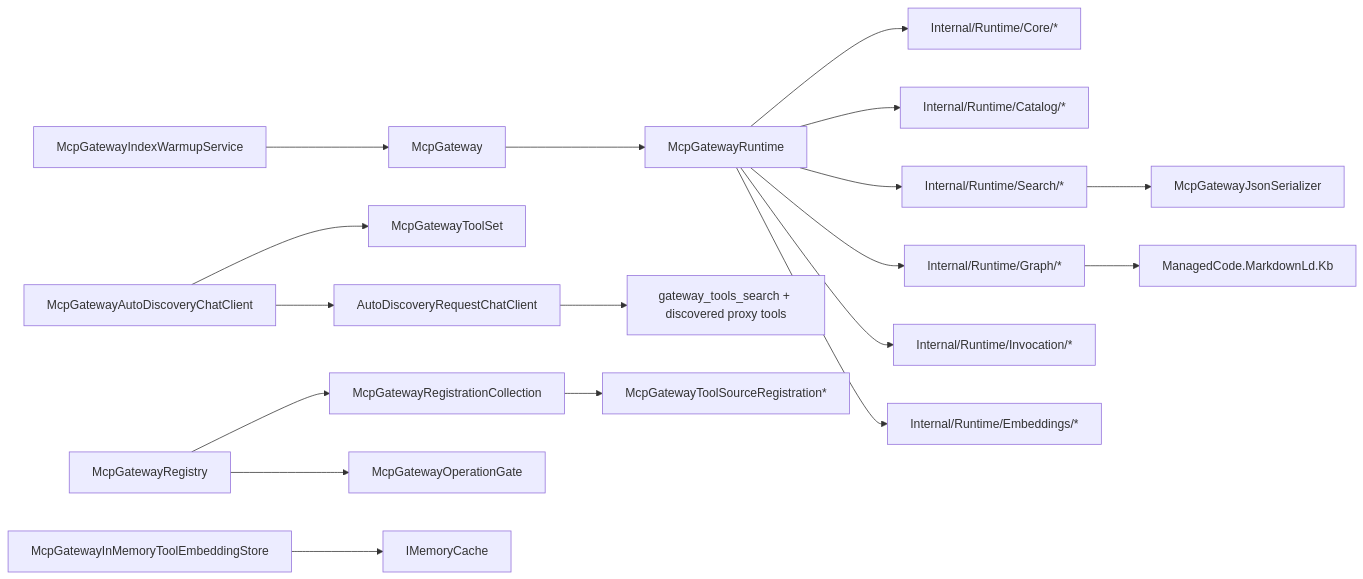
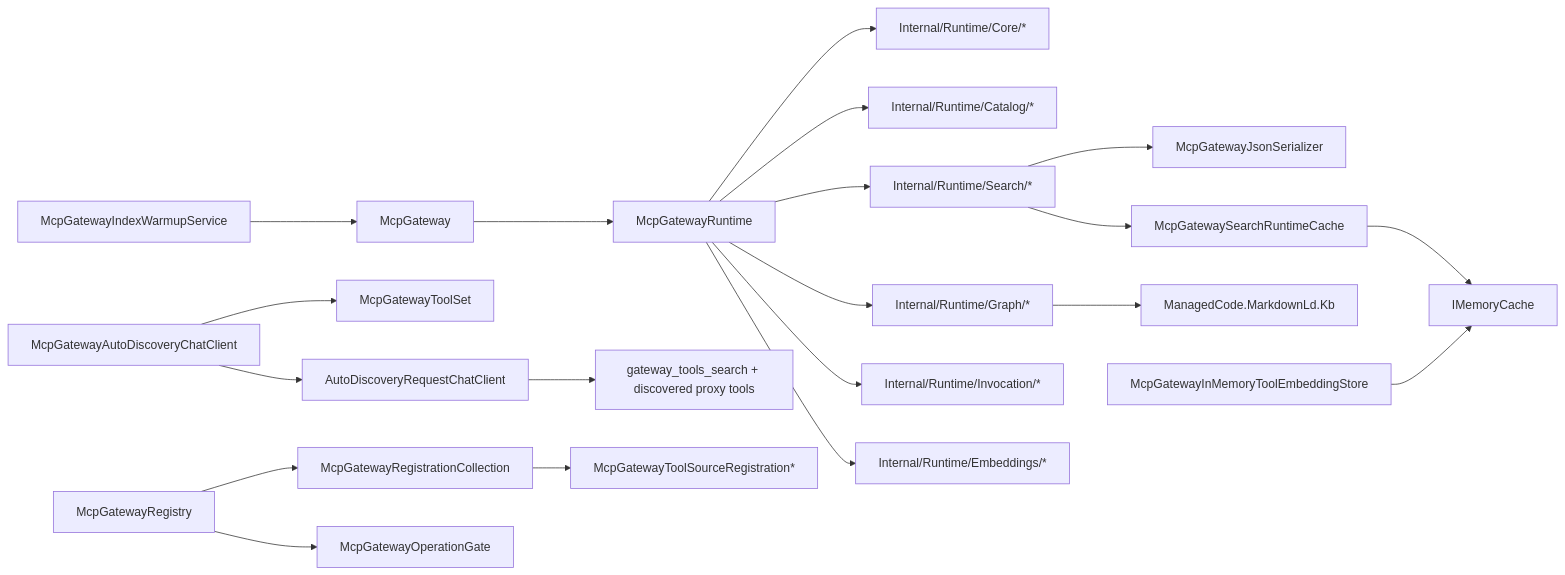
The fourth of 4 diagrams in docs/Architecture/Overview.md (managedcode/MCPGateway), drawn with Mermaid before and after one commit. The commit also changed other lines of this file and 26 other files, not shown here.

````diff
--- a/docs/Architecture/Overview.md
+++ b/docs/Architecture/Overview.md
@@ -98,20 +98,22 @@
 ```mermaid
 flowchart LR
     McpGateway["McpGateway"] --> McpGatewayRuntime["McpGatewayRuntime"]
     AutoDiscovery["McpGatewayAutoDiscoveryChatClient"] --> ToolSet["McpGatewayToolSet"]
     AutoDiscovery --> RequestWrapper["AutoDiscoveryRequestChatClient"]
     RequestWrapper --> RuntimeTools["gateway_tools_search + discovered proxy tools"]
     McpGatewayRuntime --> RuntimeCore["Internal/Runtime/Core/*"]
     McpGatewayRuntime --> RuntimeCatalog["Internal/Runtime/Catalog/*"]
     McpGatewayRuntime --> RuntimeSearch["Internal/Runtime/Search/*"]
     McpGatewayRuntime --> RuntimeGraph["Internal/Runtime/Graph/*"]
     McpGatewayRuntime --> RuntimeInvocation["Internal/Runtime/Invocation/*"]
     McpGatewayRuntime --> RuntimeEmbeddings["Internal/Runtime/Embeddings/*"]
     Registry["McpGatewayRegistry"] --> RegistrationCollection["McpGatewayRegistrationCollection"]
     Registry --> OperationGate["McpGatewayOperationGate"]
     RegistrationCollection --> SourceRegistrations["McpGatewayToolSourceRegistration*"]
     RuntimeSearch --> Json["McpGatewayJsonSerializer"]
+    RuntimeSearch --> RuntimeCache["McpGatewaySearchRuntimeCache"]
+    RuntimeCache --> MemoryCache["IMemoryCache"]
     RuntimeGraph --> MarkdownLd["ManagedCode.MarkdownLd.Kb"]
     Warmup["McpGatewayIndexWarmupService"] --> McpGateway
     InMemoryStore["McpGatewayInMemoryToolEmbeddingStore"] --> MemoryCache["IMemoryCache"]
 ```
````
